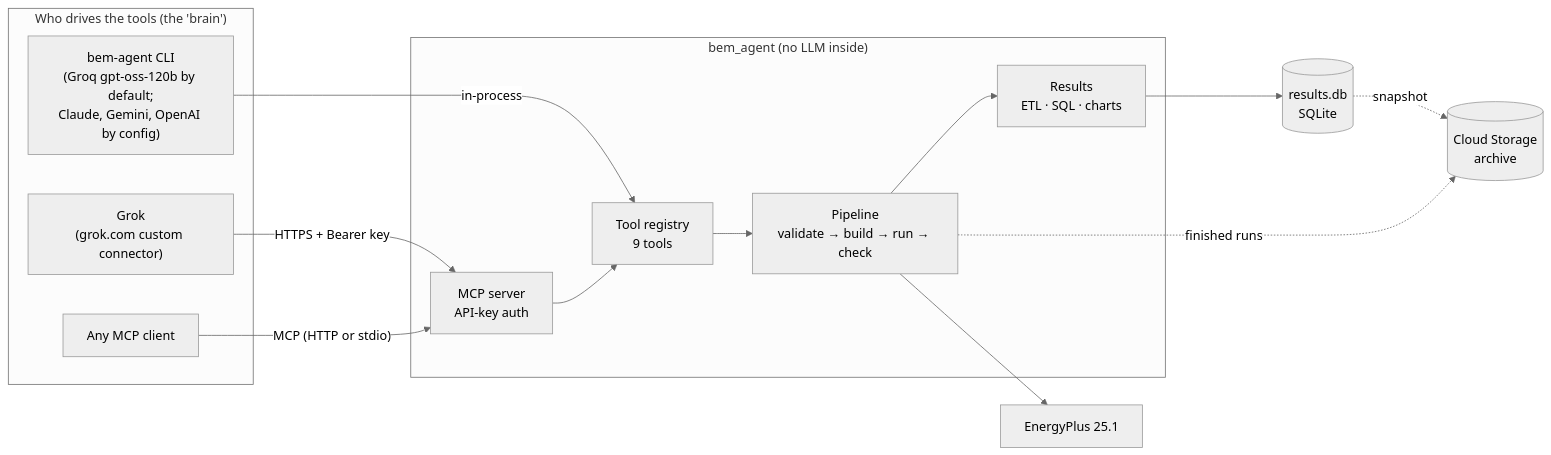
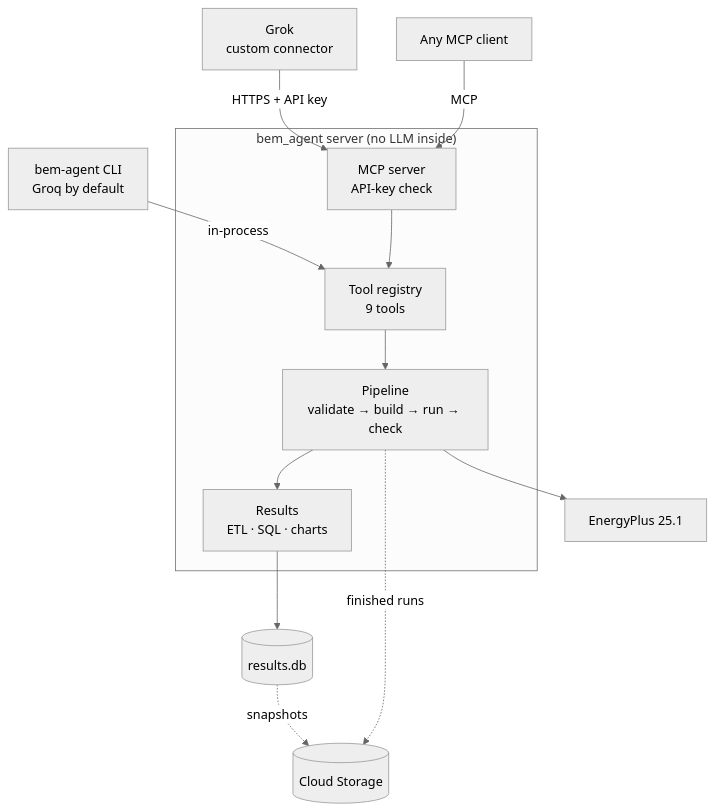
Before and after one commit to data2dev/bem_agent: the first of 10 diagrams in docs/ARCHITECTURE.md, drawn with Mermaid (neutral theme). The commit also changed other lines of this file, not shown here.

Commit message:
Architecture doc: narrower overview and request diagrams (readable on GitHub)

````diff
--- a/docs/ARCHITECTURE.md
+++ b/docs/ARCHITECTURE.md
@@ -41,27 +41,23 @@
 ```mermaid
-flowchart LR
-    subgraph Clients["Who drives the tools (the 'brain')"]
-        G["Grok<br/>(grok.com custom connector)"]
-        C["bem-agent CLI<br/>(Groq gpt-oss-120b by default;<br/>Claude, Gemini, OpenAI by config)"]
-        O["Any MCP client"]
-    end
+flowchart TB
+    G["Grok<br/>custom connector"]
+    C["bem-agent CLI<br/>Groq by default"]
+    O["Any MCP client"]
 
-    subgraph Server["bem_agent (no LLM inside)"]
-        MCP["MCP server<br/>API-key auth"]
+    G -- "HTTPS + API key" --> MCP
+    O -- "MCP" --> MCP
+    C -- "in-process" --> T
+
+    subgraph S["bem_agent server (no LLM inside)"]
+        MCP["MCP server<br/>API-key check"]
         T["Tool registry<br/>9 tools"]
         P["Pipeline<br/>validate → build → run → check"]
         R["Results<br/>ETL · SQL · charts"]
+        MCP --> T --> P --> R
     end
 
-    E["EnergyPlus 25.1"]
-    DB[("results.db<br/>SQLite")]
-    B[("Cloud Storage<br/>archive")]
-
-    G -- "HTTPS + Bearer key" --> MCP
-    O -- "MCP (HTTP or stdio)" --> MCP
-    C -- "in-process" --> T
-    MCP --> T --> P --> E
-    P --> R --> DB
-    DB -. snapshot .-> B
+    P --> E["EnergyPlus 25.1"]
+    R --> DB[("results.db")]
+    DB -. snapshots .-> B[("Cloud Storage")]
     P -. finished runs .-> B
 ```
````
